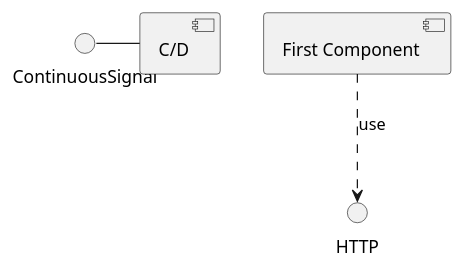
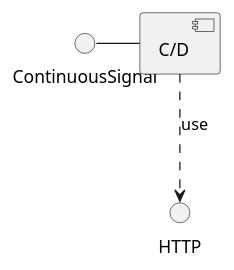
Before and after one commit to ashwinreddy/wiki: the diagram in Engineering/Signal-Processing/Digital signal processing.md, drawn with PlantUML.

Commit message:
Updated Digital signal processing.md (markdown)

```diff
--- a/Engineering/Signal-Processing/Digital signal processing.md
+++ b/Engineering/Signal-Processing/Digital signal processing.md
@@ -6,4 +6,4 @@
 @startuml
 ContinuousSignal - [C/D]
-[First Component] ..> HTTP : use
+[C/D] ..> HTTP : use
 @enduml
```
